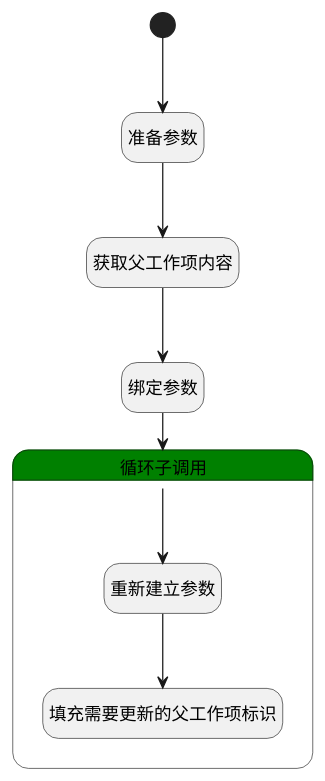
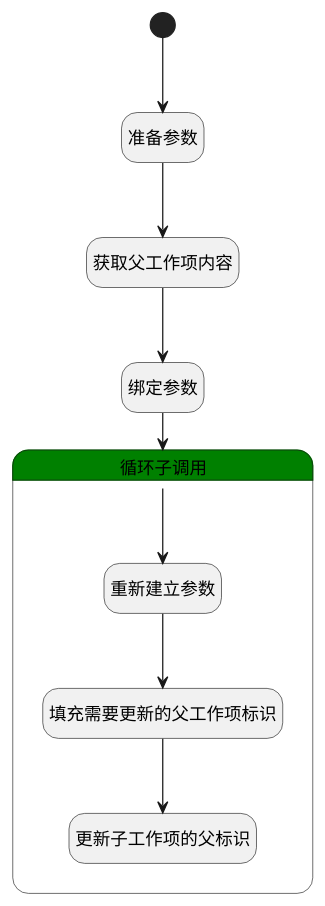
Before and after one commit to iBizLab/plm: the diagram in doc/docsify/module/ProjMgmt/work_item/logic/choose_child.md, drawn with PlantUML. The commit also changed other lines of this file and 2688 other files, not shown here.

````diff
--- a/doc/docsify/module/ProjMgmt/work_item/logic/choose_child.md
+++ b/doc/docsify/module/ProjMgmt/work_item/logic/choose_child.md
@@ -7,30 +7,32 @@
 ```plantuml
 @startuml
 hide empty description
 <style>
 root {
   HyperlinkColor #42b983
 }
 </style>
 
 hide empty description
 state "开始" as Begin <<start>> [[$./choose_child#begin {"开始"}]]
 state "准备参数" as PREPAREPARAM2  [[$./choose_child#prepareparam2 {"准备参数"}]]
 state "获取父工作项内容" as DEACTION2  [[$./choose_child#deaction2 {"获取父工作项内容"}]]
 state "绑定参数" as BINDPARAM1  [[$./choose_child#bindparam1 {"绑定参数"}]]
 state "循环子调用" as LOOPSUBCALL1  [[$./choose_child#loopsubcall1 {"循环子调用"}]] #green {
 state "重新建立参数" as RENEWPARAM1  [[$./choose_child#renewparam1 {"重新建立参数"}]]
 state "填充需要更新的父工作项标识" as PREPAREPARAM1  [[$./choose_child#prepareparam1 {"填充需要更新的父工作项标识"}]]
+state "更新子工作项的父标识" as DEACTION3  [[$./choose_child#deaction3 {"更新子工作项的父标识"}]]
 }
 
 
 Begin --> PREPAREPARAM2
 PREPAREPARAM2 --> DEACTION2
 DEACTION2 --> BINDPARAM1
 BINDPARAM1 --> LOOPSUBCALL1
 LOOPSUBCALL1 --> RENEWPARAM1
 RENEWPARAM1 --> PREPAREPARAM1
+PREPAREPARAM1 --> DEACTION3
 
 
 @enduml
 ```
````
